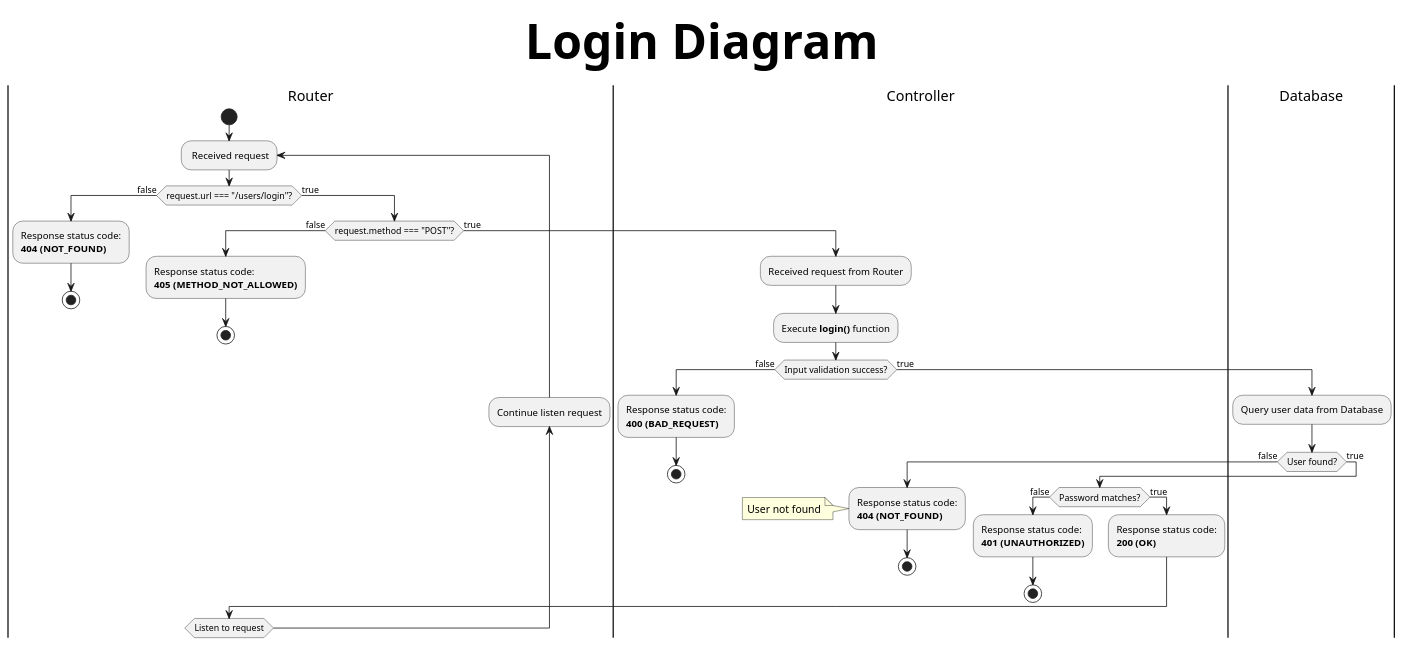
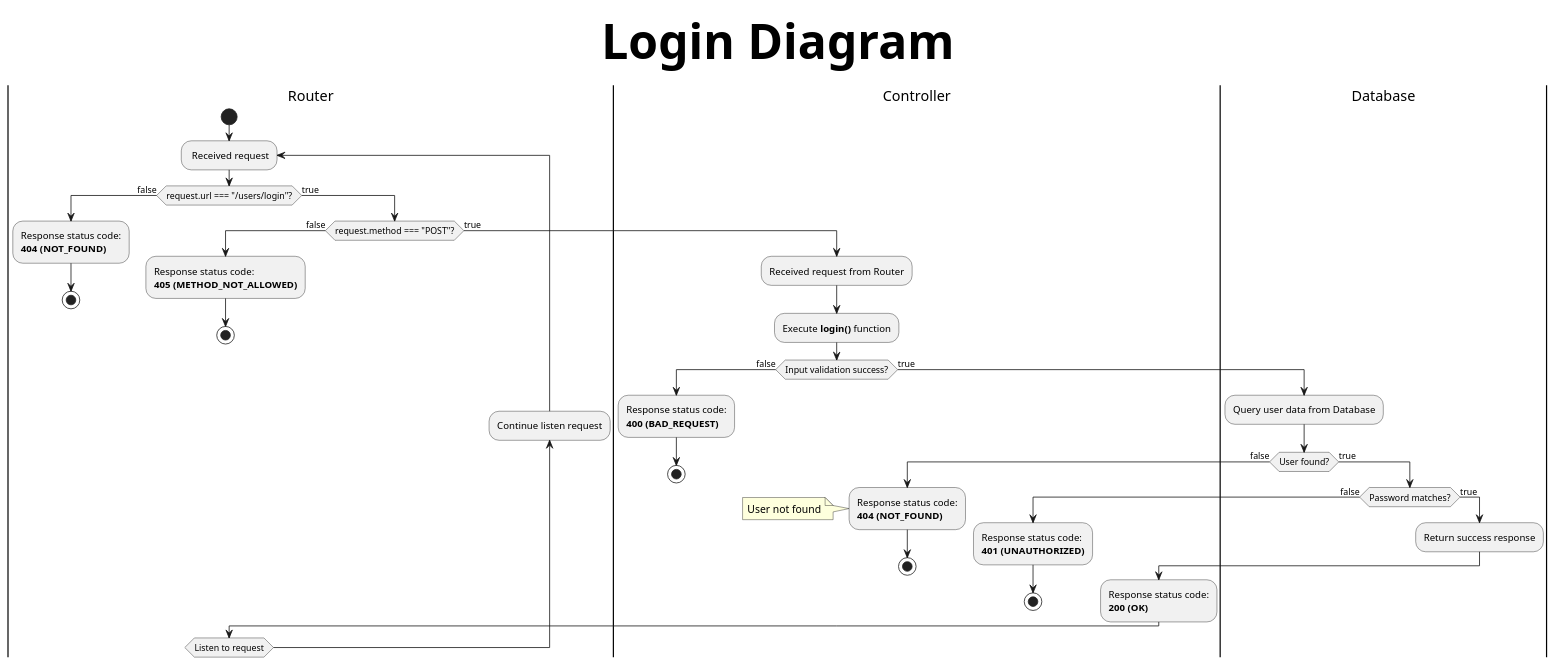
One commit to DoanLe2k1/TodoApp-API changed the diagram in diagrams/userDiagrams/loginDiagram.pu. Above: the diagram before and after it, drawn with PlantUML. The commit also changed 10 other files, not shown here.

First line of the commit message:
Update: taskDiagrams & userDiagrams

```diff
--- a/diagrams/userDiagrams/loginDiagram.pu
+++ b/diagrams/userDiagrams/loginDiagram.pu
@@ -1,54 +1,65 @@
 @startuml 
 title Login Diagram
 skinparam titleFontSize 60
 |Router|
 start
 repeat: Received request
 if (request.url === "/users/login"?) then (false)
     :Response status code:
     **404 (NOT_FOUND)**;
     stop
+
 else (true)
     if (request.method === "POST"?) then (false)
         :Response status code:
         **405 (METHOD_NOT_ALLOWED)**;
         stop
+
     else (true)
         |Controller|
         :Received request from Router;
         :Execute **login()** function;
+
         if (Input validation success?) then (false)
             :Response status code:
             **400 (BAD_REQUEST)**;
             'Validation failed
             stop
+
         else (true)
             |Database|
             :Query user data from Database;
+
+
             if (User found?) then (false)
                 |Controller|
                 :Response status code:
                 **404 (NOT_FOUND)**;
                 note left: User not found
                 stop
+            
             else (true)
-                |Controller|
+                |Database|
                 if (Password matches?) then (false)
                     |Controller|
                     :Response status code:
                     **401 (UNAUTHORIZED)**; 
                     stop
                 
                 else (true)
+                    |Database|
+                    :Return success response;
+                    
+                    |Controller|
                     :Response status code:
                     **200 (OK)**;
                 endif
             endif
         endif
     endif
 endif
 
 |Router|
 backward:Continue listen request;
 repeat while (Listen to request)    
 @enduml
```
